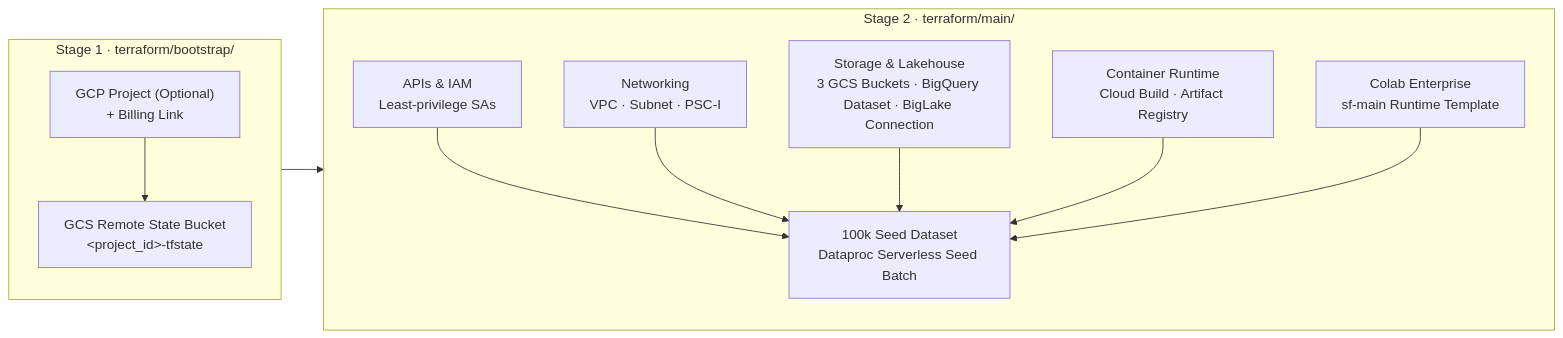
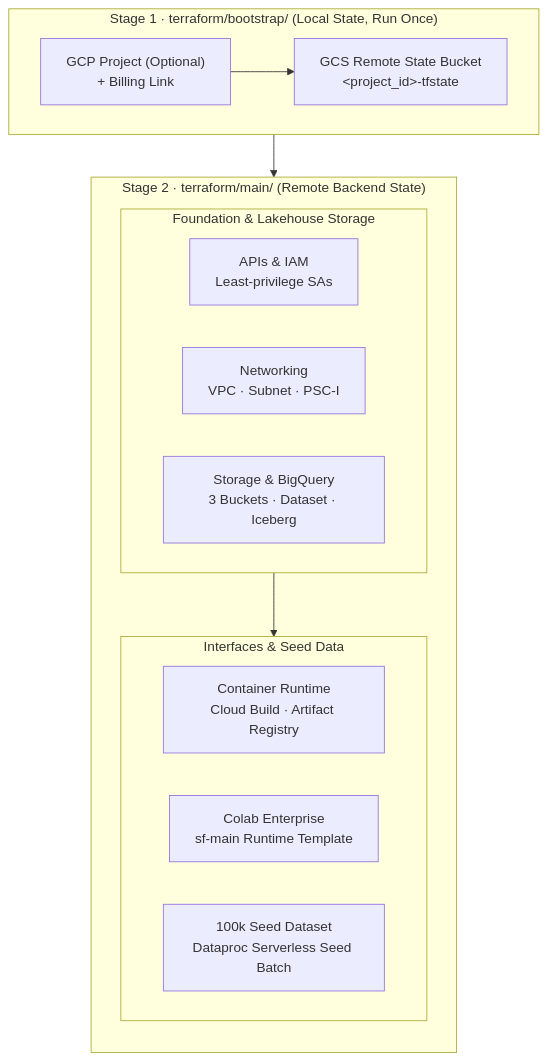
The fourth of 4 diagrams in README.md (statmike/scale-forecasting), drawn with Mermaid before and after one commit. The commit also changed other lines of this file, not shown here.

Commit message:
docs: make Mermaid diagrams vertically stacked for font readability and add Config and Extensibility sections to README

````diff
--- a/README.md
+++ b/README.md
@@ -259,18 +347,26 @@
 ```mermaid
-flowchart LR
-    subgraph Stage1["Stage 1 · terraform/bootstrap/"]
-        B1["GCP Project (Optional)<br/>+ Billing Link"]
-        B2["GCS Remote State Bucket<br/>&lt;project_id&gt;-tfstate"]
-        B1 --> B2
+flowchart TD
+    subgraph Stage1["Stage 1 · terraform/bootstrap/ (Local State, Run Once)"]
+        direction LR
+        B1["GCP Project (Optional)<br/>+ Billing Link"] --> B2["GCS Remote State Bucket<br/>&lt;project_id&gt;-tfstate"]
     end
-    subgraph Stage2["Stage 2 · terraform/main/"]
-        M1["APIs & IAM<br/>Least-privilege SAs"]
-        M2["Networking<br/>VPC · Subnet · PSC-I"]
-        M3["Storage & Lakehouse<br/>3 GCS Buckets · BigQuery Dataset · BigLake Connection"]
-        M4["Container Runtime<br/>Cloud Build · Artifact Registry"]
-        M5["Colab Enterprise<br/>sf-main Runtime Template"]
-        M6["100k Seed Dataset<br/>Dataproc Serverless Seed Batch"]
-        M1 & M2 & M3 & M4 & M5 --> M6
+
+    subgraph Stage2["Stage 2 · terraform/main/ (Remote Backend State)"]
+        direction TB
+        subgraph Found["Foundation & Lakehouse Storage"]
+            direction LR
+            M1["APIs & IAM<br/>Least-privilege SAs"]
+            M2["Networking<br/>VPC · Subnet · PSC-I"]
+            M3["Storage & BigQuery<br/>3 Buckets · Dataset · Iceberg"]
+        end
+        subgraph Runtimes["Interfaces & Seed Data"]
+            direction LR
+            M4["Container Runtime<br/>Cloud Build · Artifact Registry"]
+            M5["Colab Enterprise<br/>sf-main Runtime Template"]
+            M6["100k Seed Dataset<br/>Dataproc Serverless Seed Batch"]
+        end
+        Found --> Runtimes
     end
+
     Stage1 --> Stage2
 ```
````
